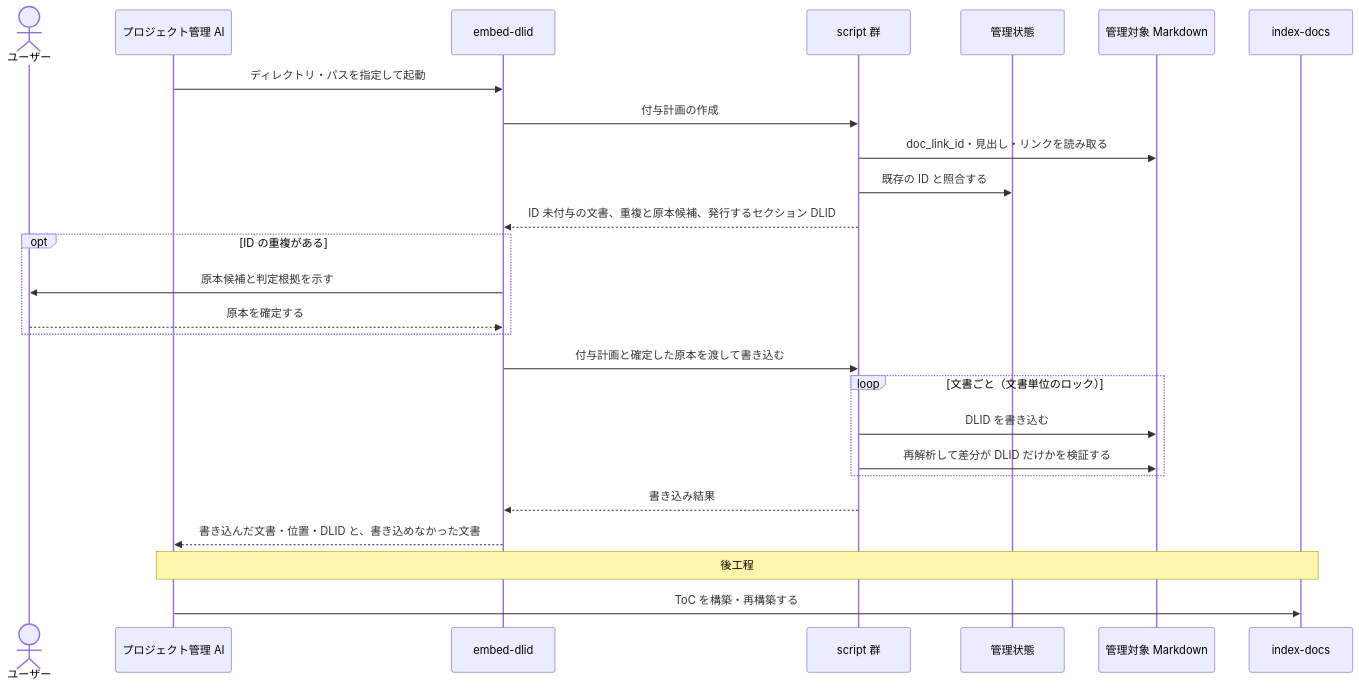
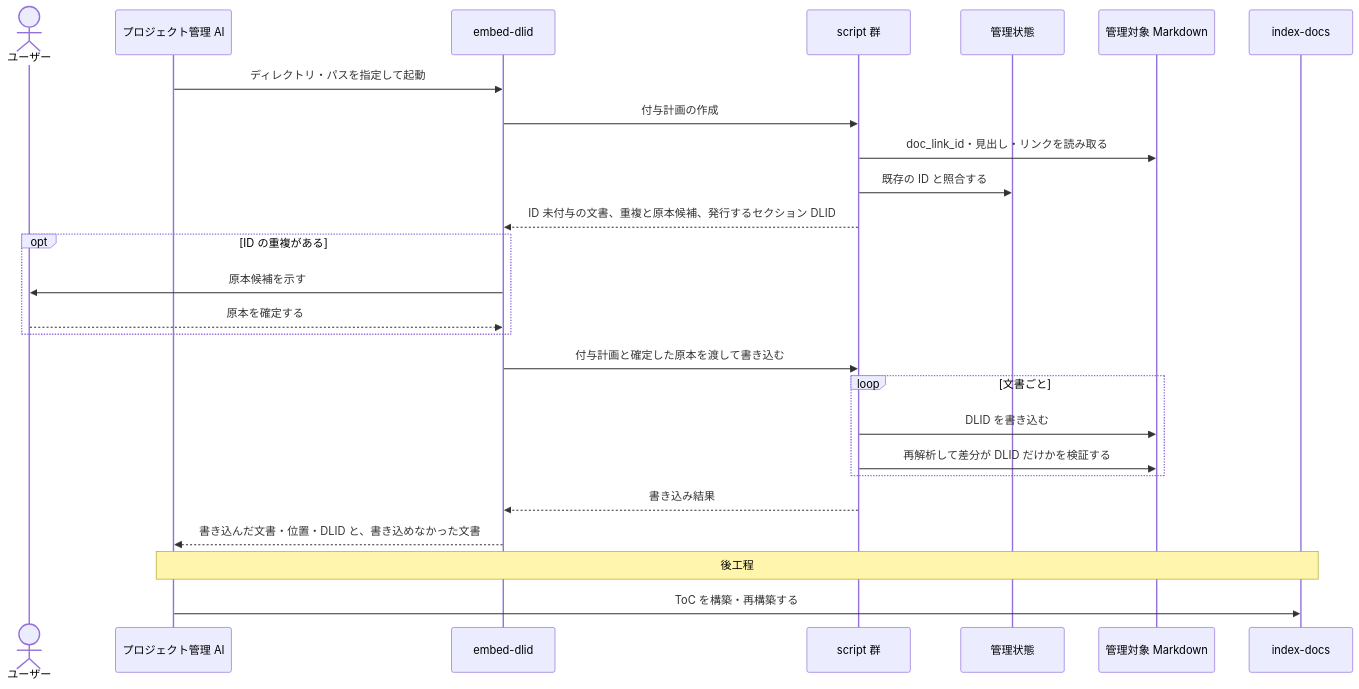
One commit to BlueEventHorizon/doc-link changed the second of 8 diagrams in docs/specs/design/DES-010-skill-composition.md. Above: the diagram before and after it, drawn with Mermaid. The commit also changed other lines of this file and 15 other files, not shown here.

````diff
--- a/docs/specs/design/DES-010-skill-composition.md
+++ b/docs/specs/design/DES-010-skill-composition.md
@@ -125,29 +125,29 @@
 ```mermaid
 sequenceDiagram
     actor User as ユーザー
     participant PM as プロジェクト管理 AI
     participant Skill as embed-dlid
     participant Scripts as script 群
     participant DB as 管理状態
     participant Docs as 管理対象 Markdown
     participant Index as index-docs
 
     PM->>Skill: ディレクトリ・パスを指定して起動
     Skill->>Scripts: 付与計画の作成
     Scripts->>Docs: doc_link_id・見出し・リンクを読み取る
     Scripts->>DB: 既存の ID と照合する
     Scripts-->>Skill: ID 未付与の文書、重複と原本候補、発行するセクション DLID
     opt ID の重複がある
-        Skill->>User: 原本候補と判定根拠を示す
+        Skill->>User: 原本候補を示す
         User-->>Skill: 原本を確定する
     end
     Skill->>Scripts: 付与計画と確定した原本を渡して書き込む
-    loop 文書ごと（文書単位のロック）
+    loop 文書ごと
         Scripts->>Docs: DLID を書き込む
         Scripts->>Docs: 再解析して差分が DLID だけかを検証する
     end
     Scripts-->>Skill: 書き込み結果
     Skill-->>PM: 書き込んだ文書・位置・DLID と、書き込めなかった文書
     Note over PM,Index: 後工程
     PM->>Index: ToC を構築・再構築する
 ```
````
